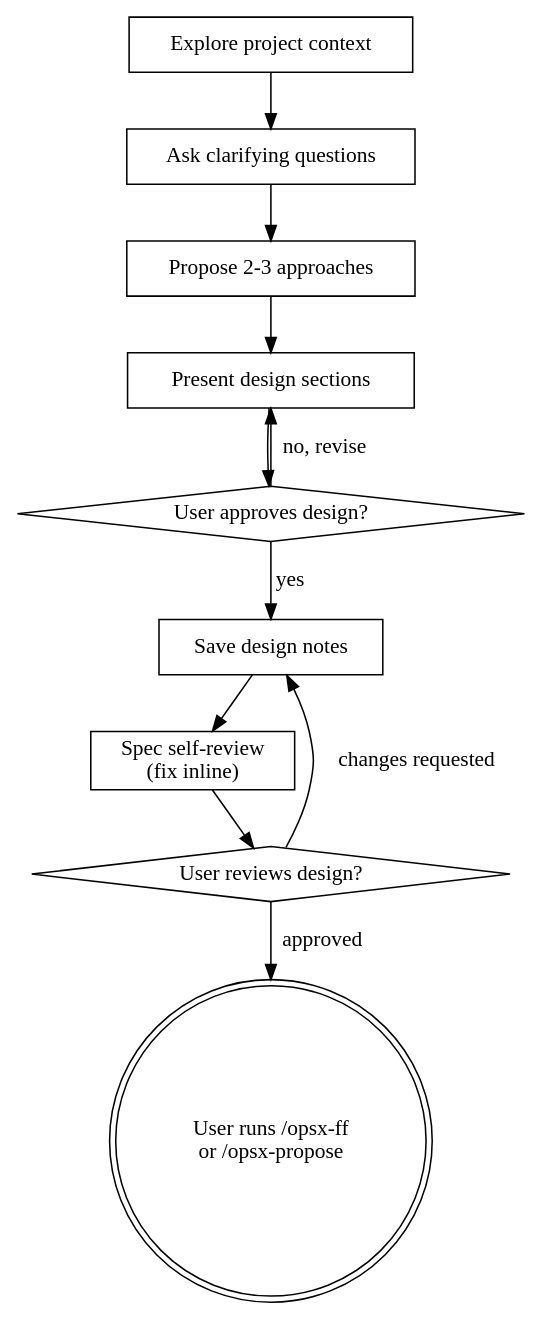
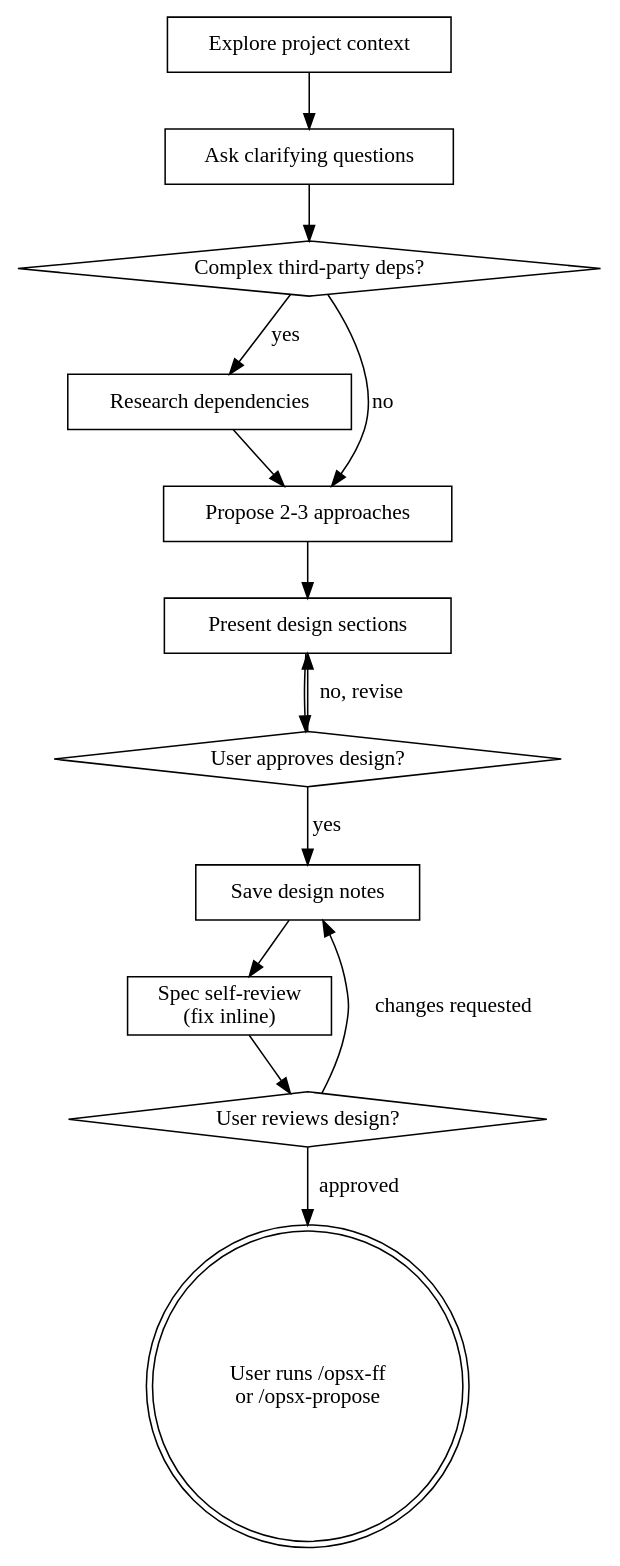
Before and after one commit to damian-git-99/superpowers: the diagram in skills/brainstorming-openspec/SKILL.md, drawn with Graphviz. The commit also changed other lines of this file and 3 other files, not shown here.

````diff
--- a/skills/brainstorming-openspec/SKILL.md
+++ b/skills/brainstorming-openspec/SKILL.md
@@ -38,24 +39,29 @@
 ```dot
 digraph brainstorming_openspec {
     "Explore project context" [shape=box];
     "Ask clarifying questions" [shape=box];
+    "Complex third-party deps?" [shape=diamond];
+    "Research dependencies" [shape=box];
     "Propose 2-3 approaches" [shape=box];
     "Present design sections" [shape=box];
     "User approves design?" [shape=diamond];
     "Save design notes" [shape=box];
     "Spec self-review\n(fix inline)" [shape=box];
     "User reviews design?" [shape=diamond];
     "User runs /opsx-ff\nor /opsx-propose" [shape=doublecircle];
 
     "Explore project context" -> "Ask clarifying questions";
-    "Ask clarifying questions" -> "Propose 2-3 approaches";
+    "Ask clarifying questions" -> "Complex third-party deps?";
+    "Complex third-party deps?" -> "Research dependencies" [label="yes"];
+    "Complex third-party deps?" -> "Propose 2-3 approaches" [label="no"];
+    "Research dependencies" -> "Propose 2-3 approaches";
     "Propose 2-3 approaches" -> "Present design sections";
     "Present design sections" -> "User approves design?";
     "User approves design?" -> "Present design sections" [label="no, revise"];
     "User approves design?" -> "Save design notes" [label="yes"];
     "Save design notes" -> "Spec self-review\n(fix inline)";
     "Spec self-review\n(fix inline)" -> "User reviews design?";
     "User reviews design?" -> "Save design notes" [label="changes requested"];
     "User reviews design?" -> "User runs /opsx-ff\nor /opsx-propose" [label="approved"];
 }
 ```
````
